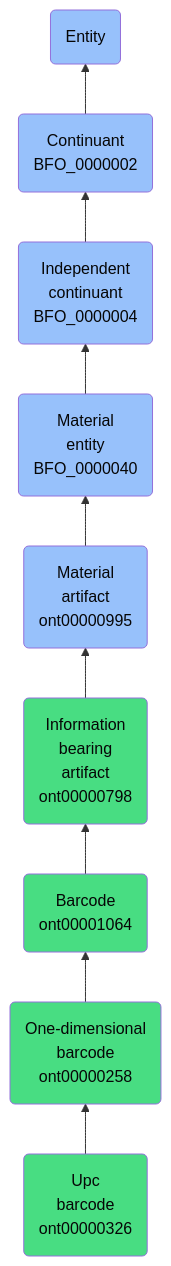
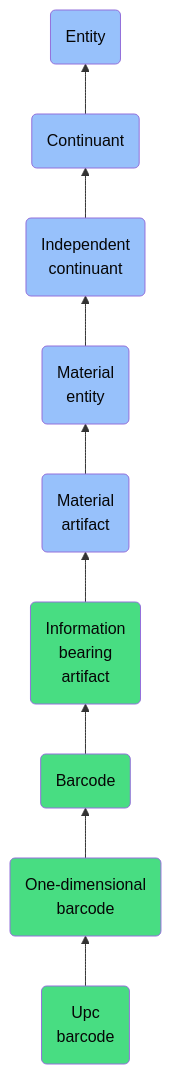
The diagram in docs/ontology/reference/model/Entity/Continuant/Independent continuant/Material entity/Material artifact/Information bearing artifact/Barcode/One-dimensional barcode/Upc barcode/Upc barcode.md (jupyter-naas/abi), drawn with Mermaid before and after one commit. The commit also changed other lines of this file and 1430 other files, not shown here.

````diff
--- a/docs/ontology/reference/model/Entity/Continuant/Independent continuant/Material entity/Material artifact/Information bearing artifact/Barcode/One-dimensional barcode/Upc barcode/Upc barcode.md
+++ b/docs/ontology/reference/model/Entity/Continuant/Independent continuant/Material entity/Material artifact/Information bearing artifact/Barcode/One-dimensional barcode/Upc barcode/Upc barcode.md
@@ -24,16 +24,16 @@
 ```mermaid
 graph BT
-    ont00000326(Upc<br>barcode<br>ont00000326):::ABI-->ont00000258
-    ont00000258(One-dimensional<br>barcode<br>ont00000258):::ABI-->ont00001064
-    ont00001064(Barcode<br>ont00001064):::ABI-->ont00000798
-    ont00000798(Information<br>bearing<br>artifact<br>ont00000798):::ABI-->ont00000995
-    ont00000995(Material<br>artifact<br>ont00000995):::BFO-->BFO_0000040
-    BFO_0000040(Material<br>entity<br>BFO_0000040):::BFO-->BFO_0000004
-    BFO_0000004(Independent<br>continuant<br>BFO_0000004):::BFO-->BFO_0000002
-    BFO_0000002(Continuant<br>BFO_0000002):::BFO-->BFO_0000001
+    ont00000326(Upc<br>barcode):::ABI-->ont00000258
+    ont00000258(One-dimensional<br>barcode):::ABI-->ont00001064
+    ont00001064(Barcode):::ABI-->ont00000798
+    ont00000798(Information<br>bearing<br>artifact):::ABI-->ont00000995
+    ont00000995(Material<br>artifact):::BFO-->BFO_0000040
+    BFO_0000040(Material<br>entity):::BFO-->BFO_0000004
+    BFO_0000004(Independent<br>continuant):::BFO-->BFO_0000002
+    BFO_0000002(Continuant):::BFO-->BFO_0000001
     BFO_0000001(Entity):::BFO
     
     classDef BFO fill:#97c1fb,color:#060606
     classDef CCO fill:#e4c51e,color:#060606
     classDef ABI fill:#48DD82,color:#060606
 ```
````
